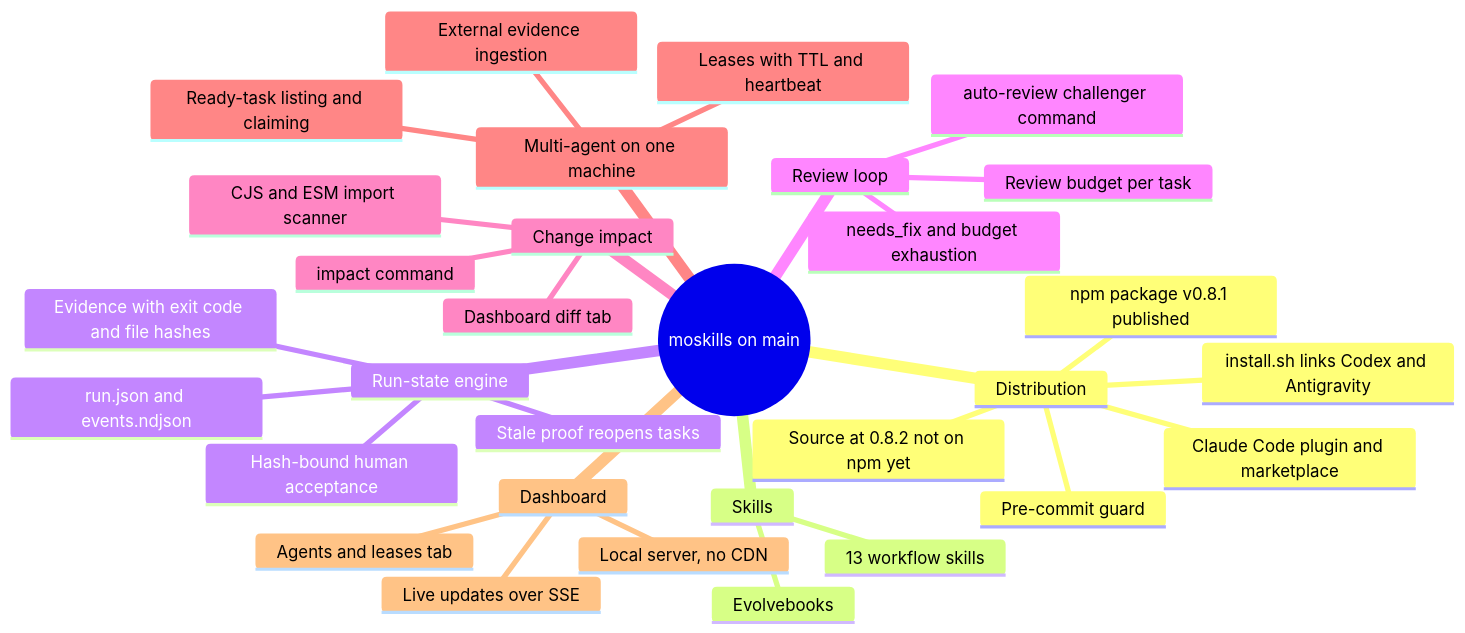
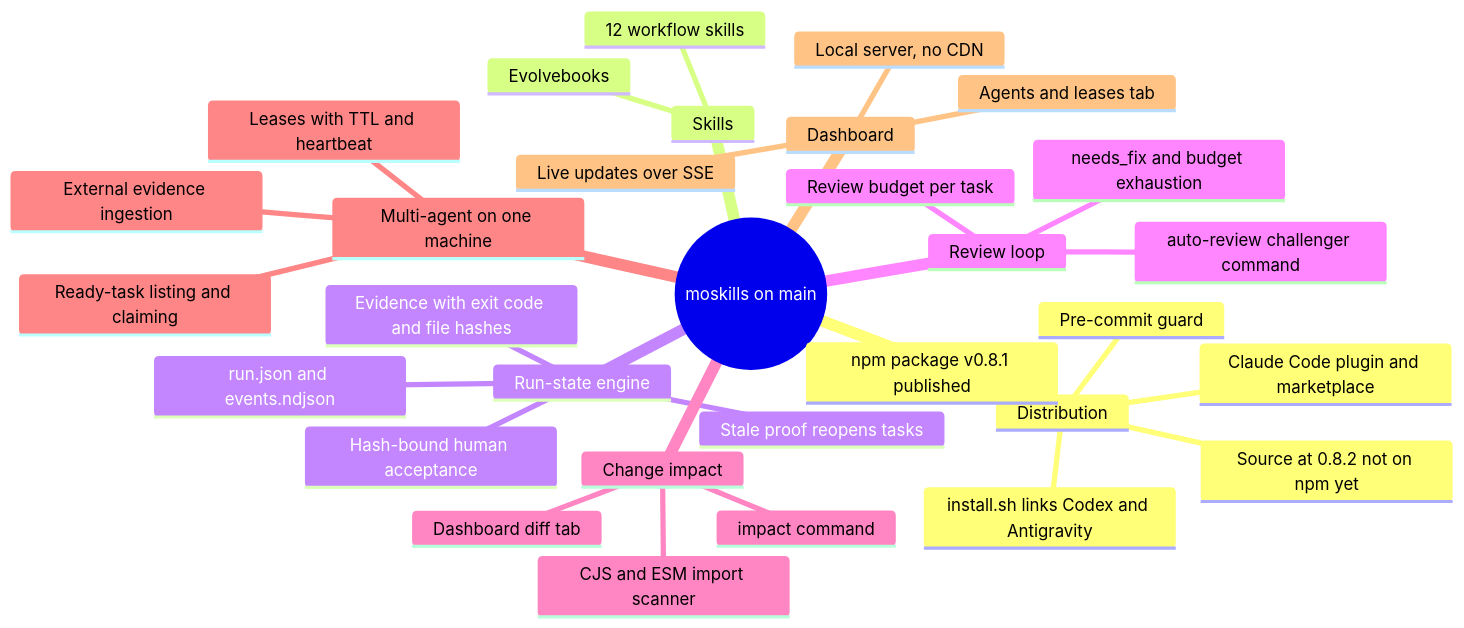
The first of 2 diagrams in docs/roadmap.md (Mouad1/moskills), drawn with Mermaid before and after one commit. The commit also changed other lines of this file and 13 other files, not shown here.

````diff
--- a/docs/roadmap.md
+++ b/docs/roadmap.md
@@ -27,34 +27,34 @@
 ```mermaid
 mindmap
   root((moskills on main))
     Distribution
       npm package v0.8.1 published
       Source at 0.8.2 not on npm yet
       Claude Code plugin and marketplace
       install.sh links Codex and Antigravity
       Pre-commit guard
     Skills
-      13 workflow skills
+      12 workflow skills
       Evolvebooks
     Run-state engine
       run.json and events.ndjson
       Evidence with exit code and file hashes
       Stale proof reopens tasks
       Hash-bound human acceptance
     Review loop
       Review budget per task
       needs_fix and budget exhaustion
       auto-review challenger command
     Change impact
       CJS and ESM import scanner
       impact command
       Dashboard diff tab
     Multi-agent on one machine
       Leases with TTL and heartbeat
       Ready-task listing and claiming
       External evidence ingestion
     Dashboard
       Local server, no CDN
       Live updates over SSE
       Agents and leases tab
 ```
````
